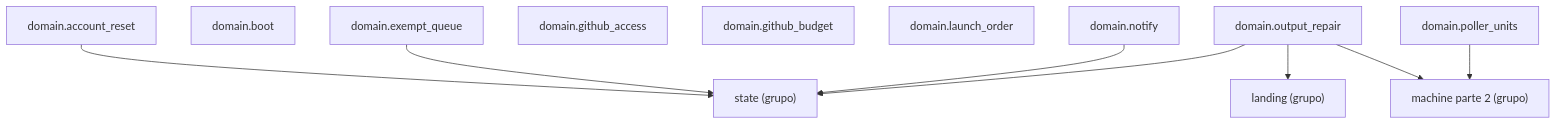
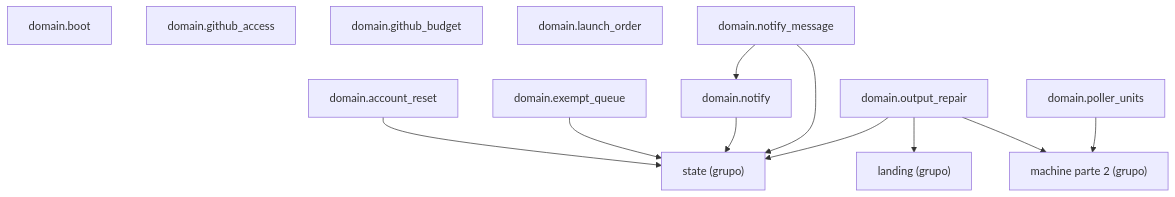
The diagram in docs/architecture/generated/packages-process-domain-machine-1.md (GonzaloZevallos/agentic-system), drawn with Mermaid before and after one commit. The commit also changed 3 other files, not shown here.

Commit message:
Regenerate the class docs after notify_message joined the machine group

````diff
--- a/docs/architecture/generated/packages-process-domain-machine-1.md
+++ b/docs/architecture/generated/packages-process-domain-machine-1.md
@@ -13,22 +13,25 @@
 ```mermaid
 graph TD
     g_domain__landing["landing (grupo)"]
     g_domain__machine__2["machine parte 2 (grupo)"]
     g_domain__state["state (grupo)"]
     m_domain__account_reset["domain.account_reset"]
     m_domain__boot["domain.boot"]
     m_domain__exempt_queue["domain.exempt_queue"]
     m_domain__github_access["domain.github_access"]
     m_domain__github_budget["domain.github_budget"]
     m_domain__launch_order["domain.launch_order"]
     m_domain__notify["domain.notify"]
+    m_domain__notify_message["domain.notify_message"]
     m_domain__output_repair["domain.output_repair"]
     m_domain__poller_units["domain.poller_units"]
     m_domain__account_reset --> g_domain__state
     m_domain__exempt_queue --> g_domain__state
     m_domain__notify --> g_domain__state
+    m_domain__notify_message --> g_domain__state
+    m_domain__notify_message --> m_domain__notify
     m_domain__output_repair --> g_domain__landing
     m_domain__output_repair --> g_domain__machine__2
     m_domain__output_repair --> g_domain__state
     m_domain__poller_units --> g_domain__machine__2
 ```
````
